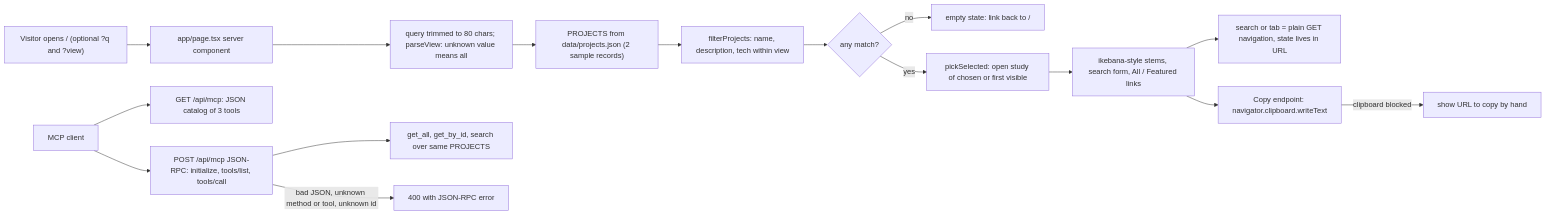
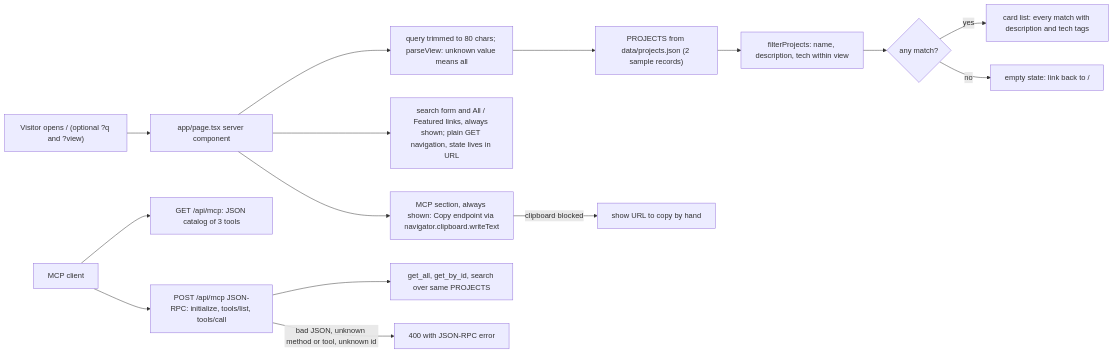
One commit to bookchaowalit-website/portfolio-projects-showcase-web changed the diagram in docs/diagrams/01-business-process.md. Above: the diagram before and after it, drawn with Mermaid. The commit also changed other lines of this file, not shown here.

Commit message:
docs: correct As-Is/To-Be facts from review (01-business-process)

````diff
--- a/docs/diagrams/01-business-process.md
+++ b/docs/diagrams/01-business-process.md
@@ -9,18 +9,17 @@
 ```mermaid
 flowchart LR
   V["Visitor opens / (optional ?q and ?view)"] --> PAGE["app/page.tsx server component"]
   PAGE --> PARSE["query trimmed to 80 chars; parseView: unknown value means all"]
   PARSE --> DATA["PROJECTS from data/projects.json (2 sample records)"]
   DATA --> FILTER["filterProjects: name, description, tech within view"]
   FILTER --> PICK{"any match?"}
+  PICK -->|yes| CARDS["card list: every match with description and tech tags"]
   PICK -->|no| EMPTY["empty state: link back to /"]
-  PICK -->|yes| SEL["pickSelected: open study of chosen or first visible"]
-  SEL --> UI["ikebana-style stems, search form, All / Featured links"]
-  UI --> NAV["search or tab = plain GET navigation, state lives in URL"]
-  UI --> COPY["Copy endpoint: navigator.clipboard.writeText"]
+  PAGE --> TOOLBAR["search form and All / Featured links, always shown; plain GET navigation, state lives in URL"]
+  PAGE --> COPY["MCP section, always shown: Copy endpoint via navigator.clipboard.writeText"]
   COPY -->|"clipboard blocked"| SHOW["show URL to copy by hand"]
   AGENT["MCP client"] --> GET["GET /api/mcp: JSON catalog of 3 tools"]
   AGENT --> POST["POST /api/mcp JSON-RPC: initialize, tools/list, tools/call"]
   POST --> TOOLS["get_all, get_by_id, search over same PROJECTS"]
   POST -->|"bad JSON, unknown method or tool, unknown id"| ERR["400 with JSON-RPC error"]
 ```
````
